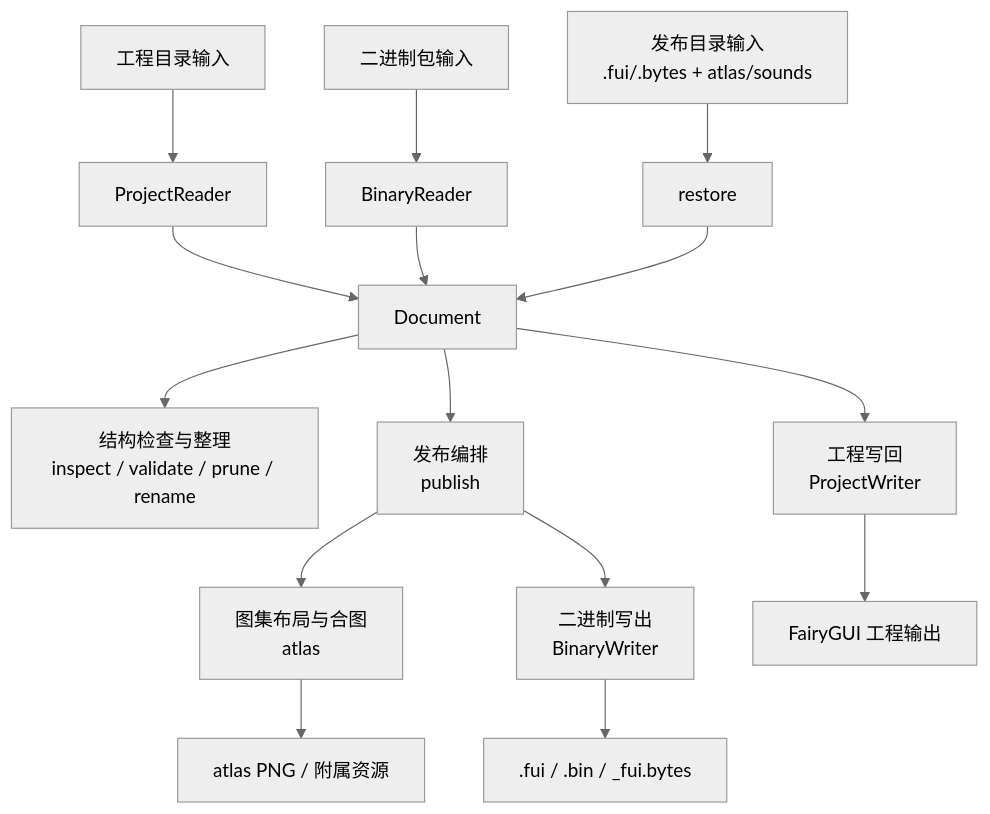
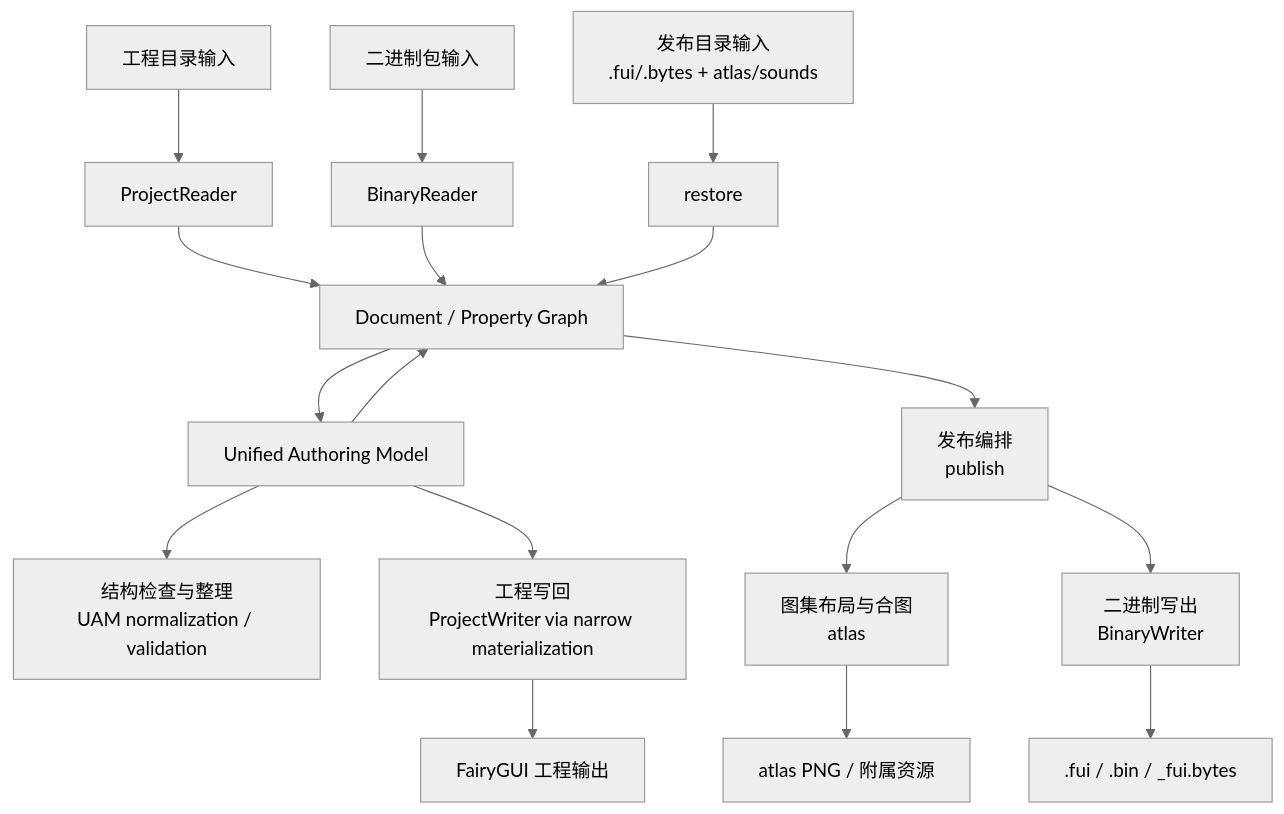
Before and after one commit to OpenFairyGUI/OpenFairyGUI: the second of 2 diagrams in docs/architecture-overview.md, drawn with Mermaid (neutral theme). The commit also changed other lines of this file and 8 other files, not shown here.

First line of the commit message:
feat(uam): implement UAM project model, normalization, and validation

````diff
--- a/docs/architecture-overview.md
+++ b/docs/architecture-overview.md
@@ -190,17 +199,19 @@
 ```mermaid
 flowchart TD
     A["工程目录输入"] --> B["ProjectReader"]
     X["二进制包输入"] --> Y["BinaryReader"]
     R["发布目录输入<br/>.fui/.bytes + atlas/sounds"] --> S["restore"]
-    B --> C["Document"]
+    B --> C["Document / Property Graph"]
     Y --> C
     S --> C
-    C --> D["结构检查与整理<br/>inspect / validate / prune / rename"]
+    C --> U["Unified Authoring Model"]
+    U --> D["结构检查与整理<br/>UAM normalization / validation"]
+    U --> F["工程写回<br/>ProjectWriter via narrow materialization"]
+    U --> C
     C --> E["发布编排<br/>publish"]
-    C --> F["工程写回<br/>ProjectWriter"]
     E --> G["图集布局与合图<br/>atlas"]
     E --> H["二进制写出<br/>BinaryWriter"]
     F --> I["FairyGUI 工程输出"]
     G --> J["atlas PNG / 附属资源"]
     H --> K[".fui / .bin / _fui.bytes"]
 ```
````
